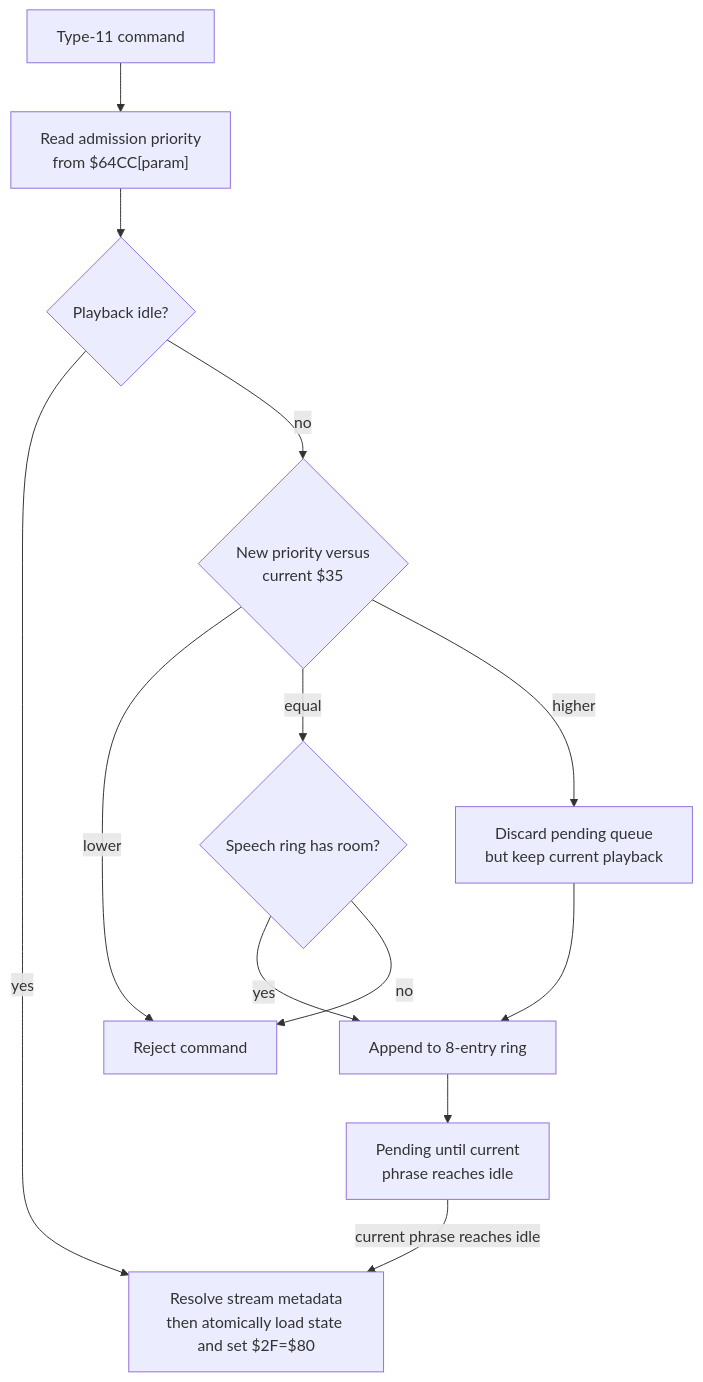
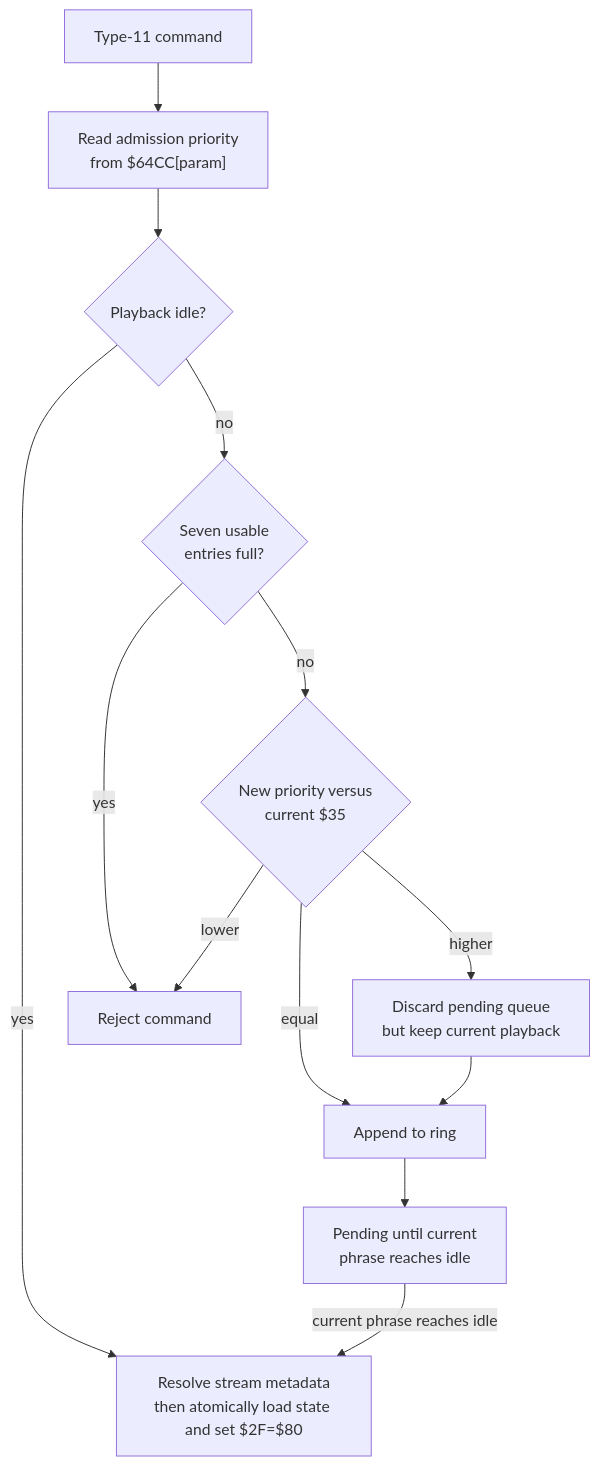
One commit to alinsavix/gauntlet-soundrom-ai-reveng changed the fifth of 7 diagrams in docs/04_subsystems.md. Above: the diagram before and after it, drawn with Mermaid. The commit also changed other lines of this file and 32 other files, not shown here.

````diff
--- a/docs/04_subsystems.md
+++ b/docs/04_subsystems.md
@@ -411,15 +437,15 @@
 ```mermaid
 flowchart TD
     Command["Type-11 command"] --> Priority["Read admission priority<br/>from $64CC[param]"]
     Priority --> Idle{"Playback idle?"}
     Idle -->|"yes"| Load["Resolve stream metadata<br/>then atomically load state and set $2F=$80"]
-    Idle -->|"no"| Compare{"New priority versus<br/>current $35"}
+    Idle -->|"no"| Full{"Seven usable<br/>entries full?"}
+    Full -->|"yes"| Reject["Reject command"]
+    Full -->|"no"| Compare{"New priority versus<br/>current $35"}
     Compare -->|"lower"| Reject["Reject command"]
-    Compare -->|"equal"| Room{"Speech ring has room?"}
-    Room -->|"yes"| Append["Append to 8-entry ring"]
-    Room -->|"no"| Reject
+    Compare -->|"equal"| Append["Append to ring"]
     Compare -->|"higher"| Flush["Discard pending queue<br/>but keep current playback"]
     Flush --> Append
     Append --> Pending["Pending until current<br/>phrase reaches idle"]
     Pending -->|"current phrase reaches idle"| Load
 ```
````
